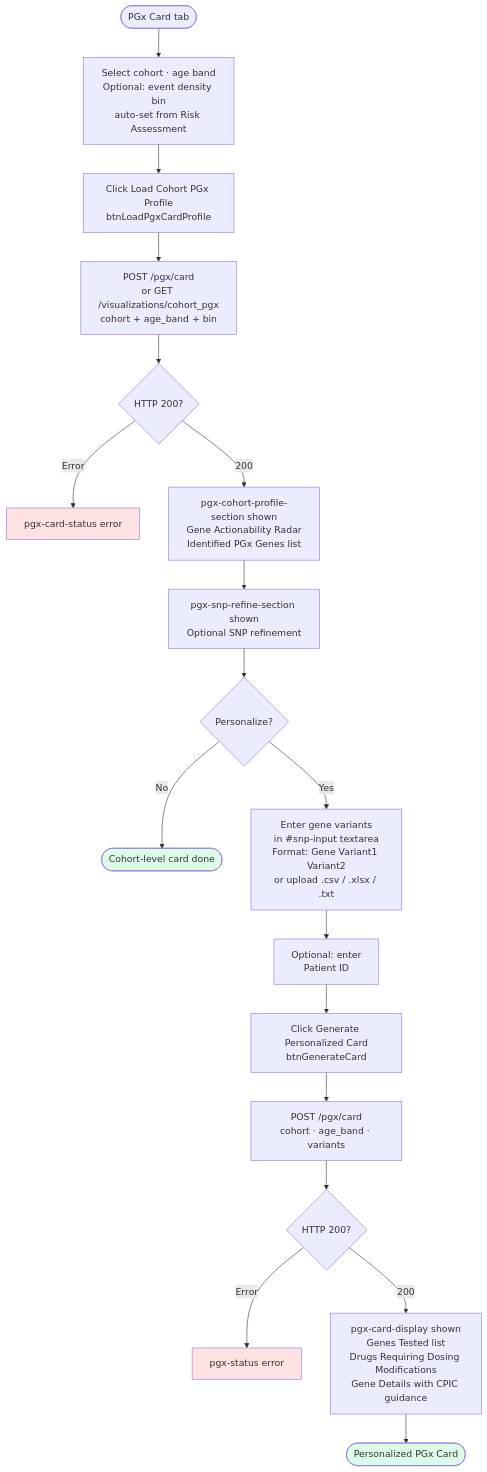
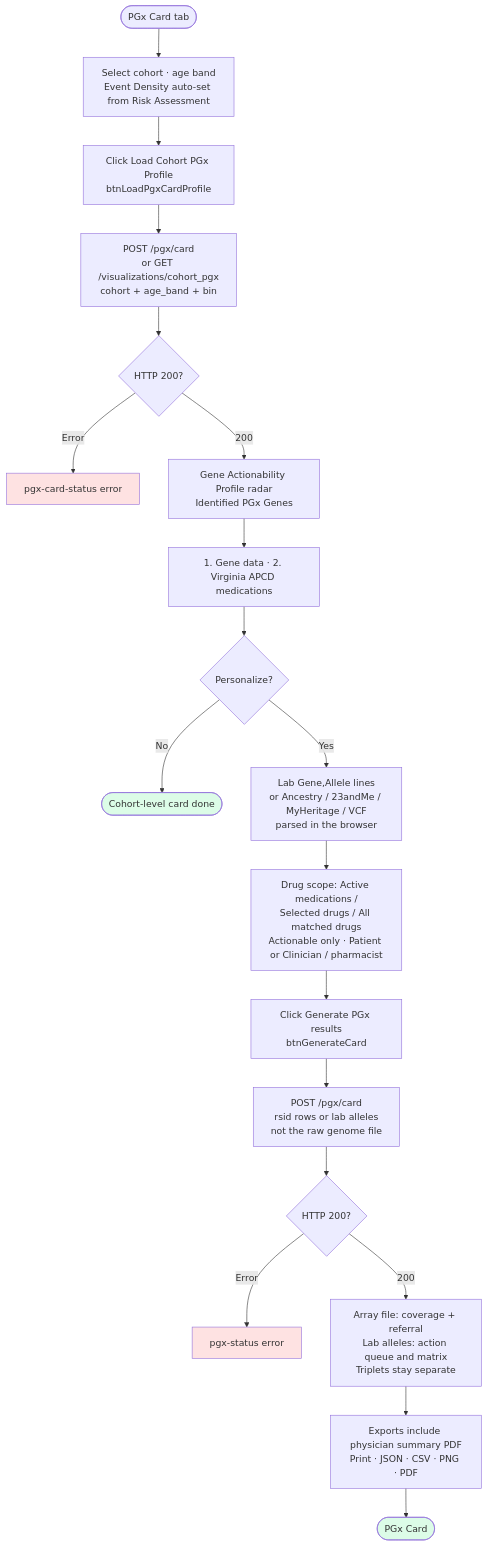
One commit to Jerome3590/pgx-analysis changed the seventh of 13 diagrams in 10_risk_dashboard/README.md. Above: the diagram before and after it, drawn with Mermaid. The commit also changed other lines of this file and 63 other files, not shown here.

````diff
--- a/10_risk_dashboard/README.md
+++ b/10_risk_dashboard/README.md
@@ -575,25 +606,26 @@
 ```mermaid
 flowchart TD
-    A([PGx Card tab]) --> B[Select cohort · age band\nOptional: event density bin\nauto-set from Risk Assessment]
+    A([PGx Card tab]) --> B[Select cohort · age band\nEvent Density auto-set from Risk Assessment]
     B --> C[Click Load Cohort PGx Profile\nbtnLoadPgxCardProfile]
     C --> D[POST /pgx/card\nor GET /visualizations/cohort_pgx\ncohort + age_band + bin]
     D --> E{HTTP 200?}
     E -->|Error| F[pgx-card-status error]
-    E -->|200| G[pgx-cohort-profile-section shown\nGene Actionability Radar\nIdentified PGx Genes list]
-    G --> H[pgx-snp-refine-section shown\nOptional SNP refinement]
+    E -->|200| G[Gene Actionability Profile radar\nIdentified PGx Genes]
+    G --> H[1. Gene data · 2. Virginia APCD medications]
     H --> I{Personalize?}
     I -->|No| J([Cohort-level card done])
-    I -->|Yes| K[Enter gene variants\nin #snp-input textarea\nFormat: Gene Variant1 Variant2\nor upload .csv / .xlsx / .txt]
-    K --> L[Optional: enter\nPatient ID]
-    L --> M[Click Generate Personalized Card\nbtnGenerateCard]
-    M --> N[POST /pgx/card\ncohort · age_band · variants]
+    I -->|Yes| K[Lab Gene,Allele lines\nor Ancestry / 23andMe / MyHeritage / VCF\nparsed in the browser]
+    K --> L[Drug scope: Active medications /\nSelected drugs / All matched drugs\nActionable only · Patient or Clinician / pharmacist]
+    L --> M[Click Generate PGx results\nbtnGenerateCard]
+    M --> N[POST /pgx/card\nrsid rows or lab alleles\nnot the raw genome file]
     N --> O{HTTP 200?}
     O -->|Error| P[pgx-status error]
-    O -->|200| Q[pgx-card-display shown\nGenes Tested list\nDrugs Requiring Dosing Modifications\nGene Details with CPIC guidance]
-    Q --> R([Personalized PGx Card])
+    O -->|200| Q[Array file: coverage + referral\nLab alleles: action queue and matrix\nTriplets stay separate]
+    Q --> R[Exports include physician summary PDF\nPrint · JSON · CSV · PNG · PDF]
+    R --> S([PGx Card])
 
     style F fill:#fee2e2
     style P fill:#fee2e2
     style J fill:#dcfce7
-    style R fill:#dcfce7
+    style S fill:#dcfce7
 ```
````
